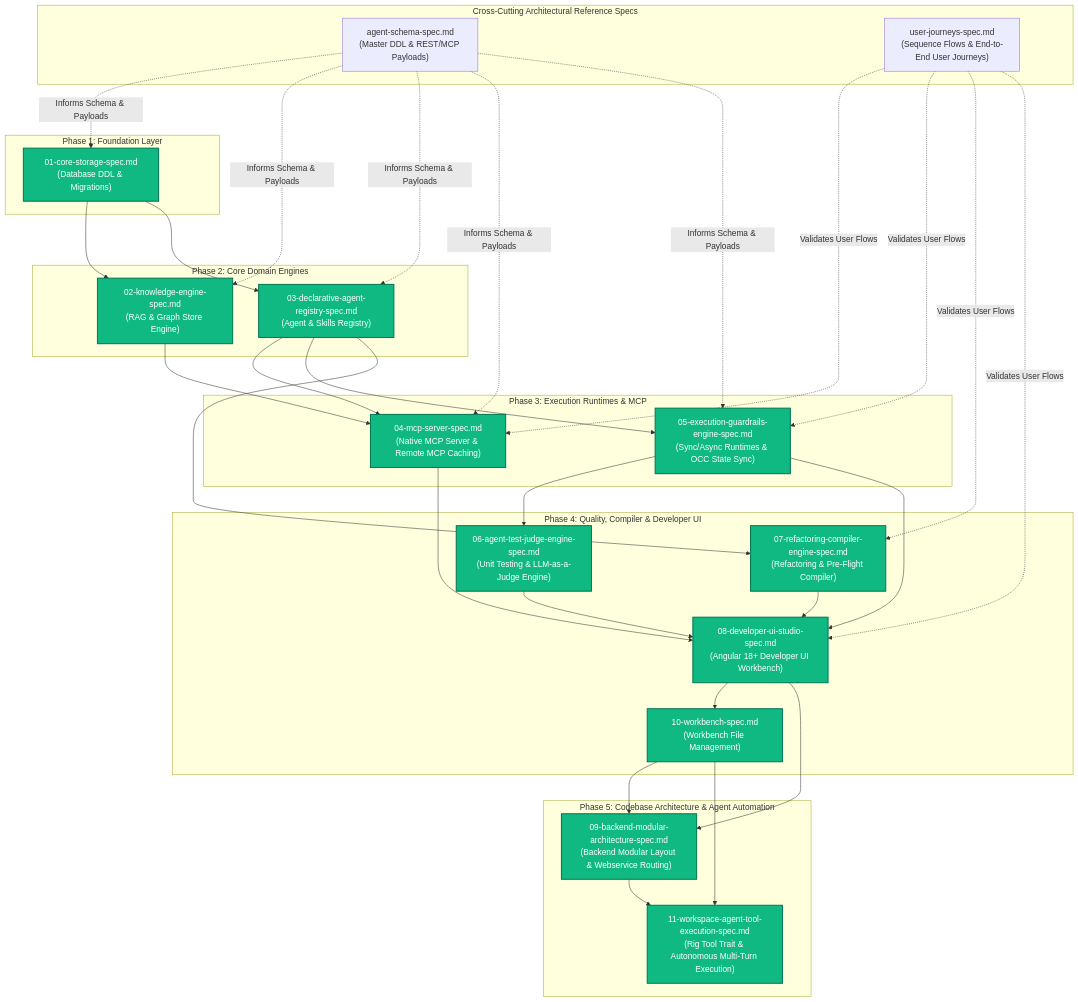
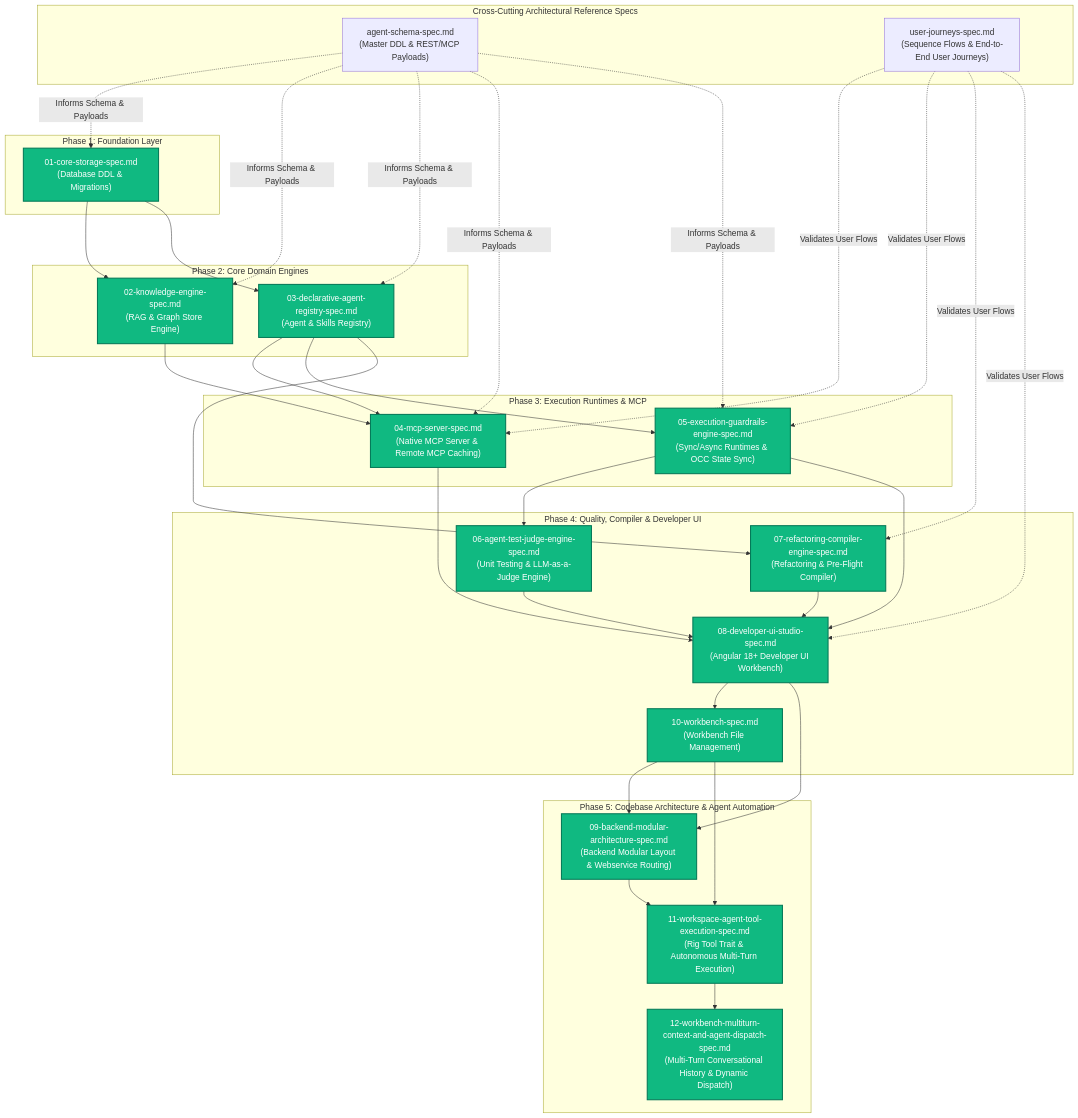
Before and after one commit to PolecatWorks/agent-as-data: the diagram in spec/specs/README.md, drawn with Mermaid. The commit also changed other lines of this file and 6 other files, not shown here.

Commit message:
feat: workbench multi-turn conversational context retention and dynamic agent dispatch

````diff
--- a/spec/specs/README.md
+++ b/spec/specs/README.md
@@ -17,71 +17,73 @@
 ```mermaid
 flowchart TD
     subgraph CrossCuttingSpecs ["Cross-Cutting Architectural Reference Specs"]
         SchemaSpec["agent-schema-spec.md<br/>(Master DDL & REST/MCP Payloads)"]
         JourneysSpec["user-journeys-spec.md<br/>(Sequence Flows & End-to-End User Journeys)"]
     end
 
     subgraph Phase1 ["Phase 1: Foundation Layer"]
         Spec01["01-core-storage-spec.md<br/>(Database DDL & Migrations)"]:::complete
     end
 
     subgraph Phase2 ["Phase 2: Core Domain Engines"]
         Spec02["02-knowledge-engine-spec.md<br/>(RAG & Graph Store Engine)"]:::complete
         Spec03["03-declarative-agent-registry-spec.md<br/>(Agent & Skills Registry)"]:::complete
     end
 
 
 
     subgraph Phase3 ["Phase 3: Execution Runtimes & MCP"]
         Spec04["04-mcp-server-spec.md<br/>(Native MCP Server & Remote MCP Caching)"]:::complete
         Spec05["05-execution-guardrails-engine-spec.md<br/>(Sync/Async Runtimes & OCC State Sync)"]:::complete
     end
 
 
 
     subgraph Phase4 ["Phase 4: Quality, Compiler & Developer UI"]
         Spec06["06-agent-test-judge-engine-spec.md<br/>(Unit Testing & LLM-as-a-Judge Engine)"]:::complete
         Spec07["07-refactoring-compiler-engine-spec.md<br/>(Refactoring & Pre-Flight Compiler)"]:::complete
         Spec08["08-developer-ui-studio-spec.md<br/>(Angular 18+ Developer UI Workbench)"]:::complete
         Spec10["10-workbench-spec.md<br/>(Workbench File Management)"]:::complete
     end
 
     subgraph Phase5 ["Phase 5: Codebase Architecture & Agent Automation"]
         Spec09["09-backend-modular-architecture-spec.md<br/>(Backend Modular Layout & Webservice Routing)"]:::complete
         Spec11["11-workspace-agent-tool-execution-spec.md<br/>(Rig Tool Trait & Autonomous Multi-Turn Execution)"]:::complete
+        Spec12["12-workbench-multiturn-context-and-agent-dispatch-spec.md<br/>(Multi-Turn Conversational History & Dynamic Dispatch)"]:::complete
     end
 
     classDef complete fill:#10B981,stroke:#047857,stroke-width:2px,color:#ffffff;
     classDef draft fill:#3B82F6,stroke:#1D4ED8,stroke-width:2px,color:#ffffff;
 
     SchemaSpec -.->|Informs Schema & Payloads| Spec01
     SchemaSpec -.->|Informs Schema & Payloads| Spec02
     SchemaSpec -.->|Informs Schema & Payloads| Spec03
     SchemaSpec -.->|Informs Schema & Payloads| Spec04
     SchemaSpec -.->|Informs Schema & Payloads| Spec05
 
     JourneysSpec -.->|Validates User Flows| Spec04
     JourneysSpec -.->|Validates User Flows| Spec05
     JourneysSpec -.->|Validates User Flows| Spec07
     JourneysSpec -.->|Validates User Flows| Spec08
 
     Spec01 --> Spec02
     Spec01 --> Spec03
 
     Spec02 --> Spec04
     Spec03 --> Spec04
     Spec03 --> Spec05
 
     Spec05 --> Spec06
     Spec03 --> Spec07
     
     Spec04 --> Spec08
     Spec05 --> Spec08
     Spec06 --> Spec08
     Spec07 --> Spec08
     Spec08 --> Spec10
     Spec08 --> Spec09
     Spec10 --> Spec09
     Spec09 --> Spec11
     Spec10 --> Spec11
+    Spec11 --> Spec12
 ```
````
